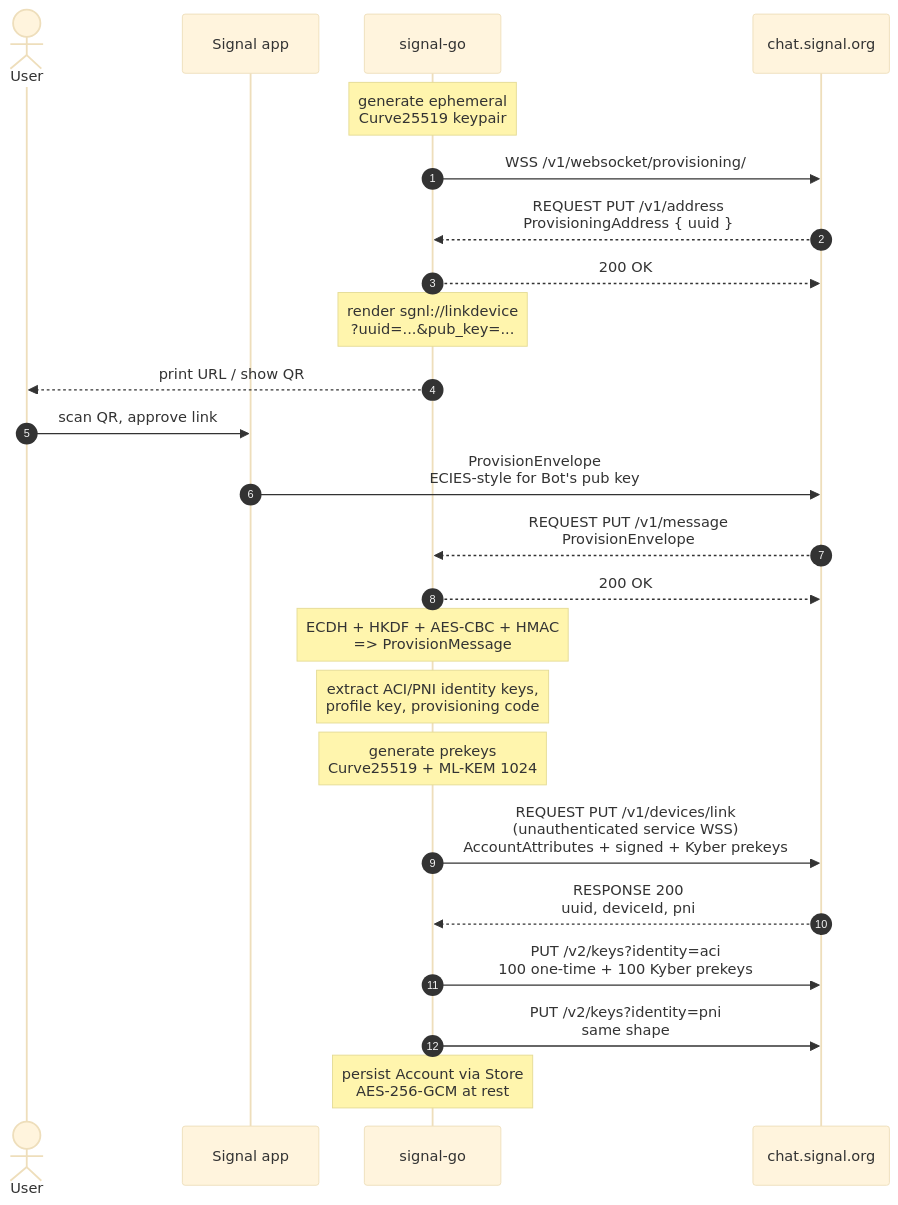
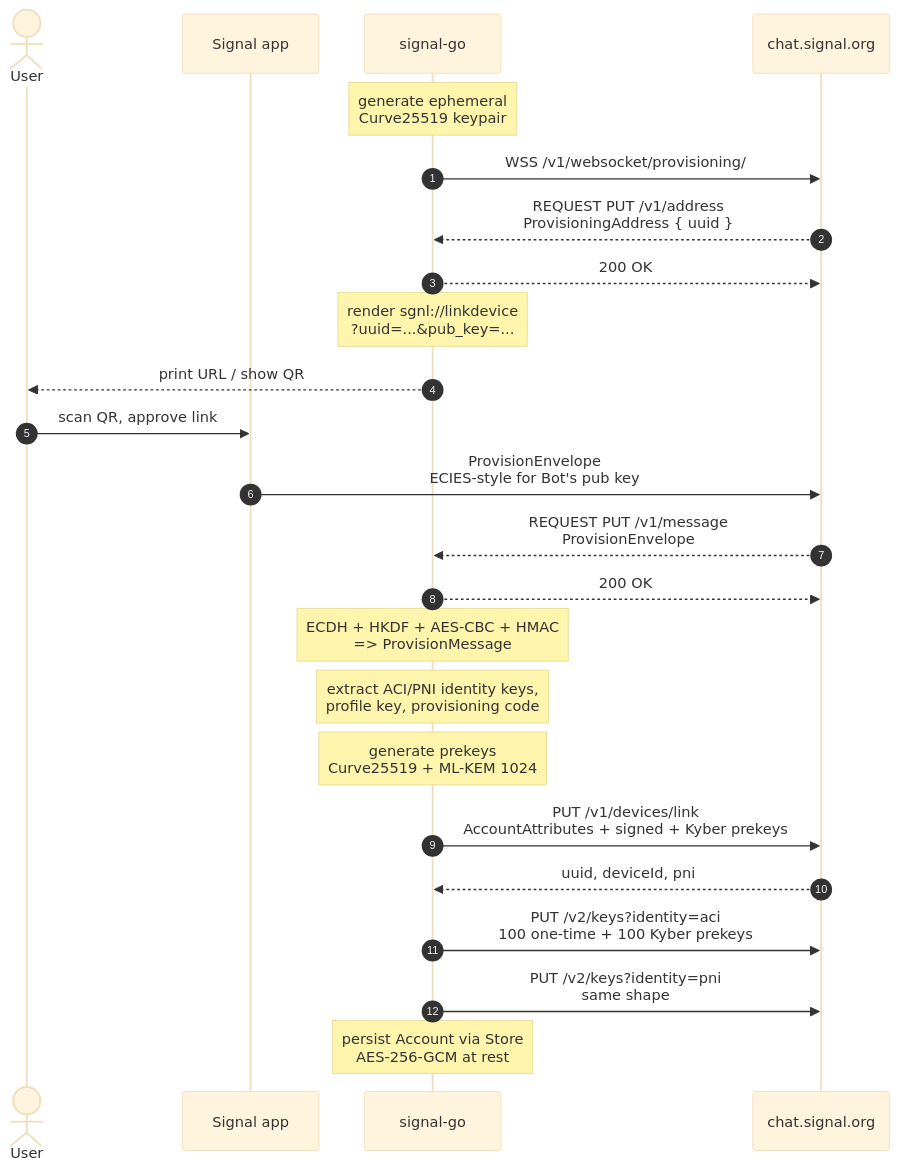
One commit to thehappydinoa/signal-go changed the diagram in docs/diagrams/qr-link.md. Above: the diagram before and after it, drawn with Mermaid (base theme). The commit also changed other lines of this file and 15 other files, not shown here.

````diff
--- a/docs/diagrams/qr-link.md
+++ b/docs/diagrams/qr-link.md
@@ -7,27 +7,27 @@
 ```mermaid
 sequenceDiagram
     autonumber
     actor User
     participant Phone as Signal app
     participant Bot as signal-go
     participant Server as chat.signal.org
 
     Note over Bot: generate ephemeral<br/>Curve25519 keypair
     Bot->>Server: WSS /v1/websocket/provisioning/
     Server-->>Bot: REQUEST PUT /v1/address<br/>ProvisioningAddress { uuid }
     Bot-->>Server: 200 OK
     Note over Bot: render sgnl://linkdevice<br/>?uuid=...&pub_key=...
     Bot-->>User: print URL / show QR
     User->>Phone: scan QR, approve link
     Phone->>Server: ProvisionEnvelope<br/>ECIES-style for Bot's pub key
     Server-->>Bot: REQUEST PUT /v1/message<br/>ProvisionEnvelope
     Bot-->>Server: 200 OK
     Note over Bot: ECDH + HKDF + AES-CBC + HMAC<br/>=> ProvisionMessage
     Note over Bot: extract ACI/PNI identity keys,<br/>profile key, provisioning code
     Note over Bot: generate prekeys<br/>Curve25519 + ML-KEM 1024
-    Bot->>Server: REQUEST PUT /v1/devices/link<br/>(unauthenticated service WSS)<br/>AccountAttributes + signed + Kyber prekeys
-    Server-->>Bot: RESPONSE 200<br/>uuid, deviceId, pni
+    Bot->>Server: PUT /v1/devices/link<br/>AccountAttributes + signed + Kyber prekeys
+    Server-->>Bot: uuid, deviceId, pni
     Bot->>Server: PUT /v2/keys?identity=aci<br/>100 one-time + 100 Kyber prekeys
     Bot->>Server: PUT /v2/keys?identity=pni<br/>same shape
     Note over Bot: persist Account via Store<br/>AES-256-GCM at rest
 ```
````
